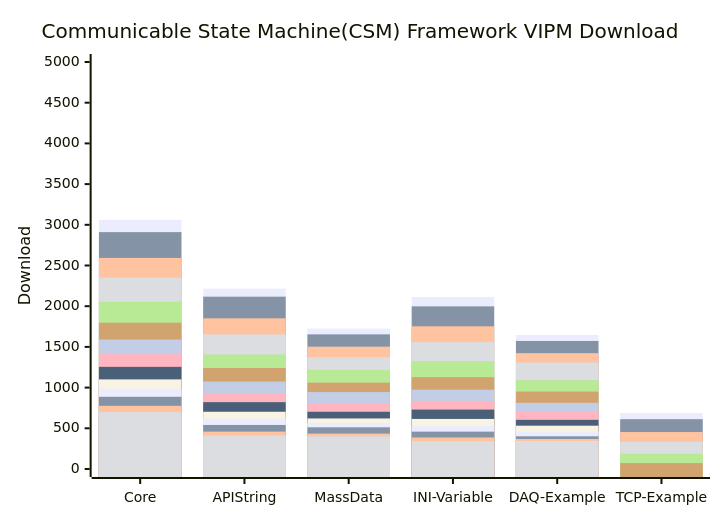
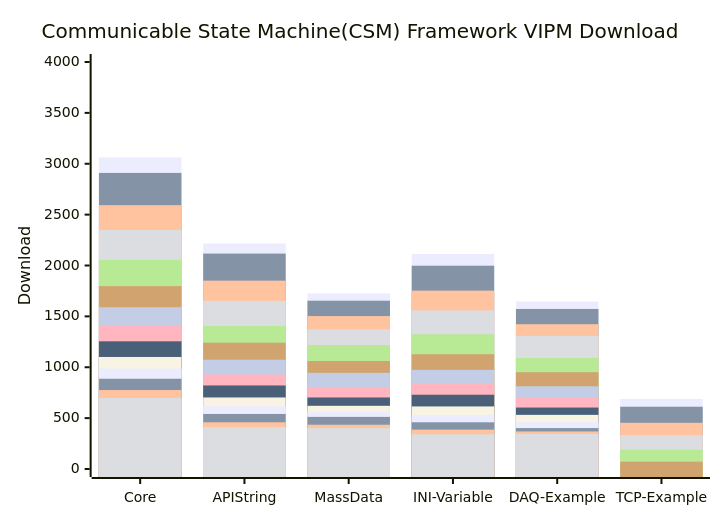
One commit to NEVSTOP-LAB/.github changed the diagram in profile/README.md. Above: the diagram before and after it, drawn with Mermaid.

````diff
--- a/profile/README.md
+++ b/profile/README.md
@@ -31,20 +31,20 @@
 ```mermaid
     xychart-beta
     title "Communicable State Machine(CSM) Framework VIPM Download"
     x-axis [Core, API String, MassData, INI-Variable, DAQ-Example, TCP-Example]
-    y-axis "Download" 0 --> 5000
+    y-axis "Download" 0 --> 4000
     bar   [3062, 2216, 1725, 2113, 1646, 688]
     bar   [2910, 2117, 1654, 1998, 1573, 612]
     bar   [2593, 1851, 1503, 1753, 1423, 454]
     bar   [2350, 1653, 1374, 1559, 1308, 334]
     bar   [2056, 1407, 1218, 1324, 1091, 189]
     bar   [1797, 1241, 1061, 1128, 951, 72]
     bar   [1590, 1074, 945, 974, 813]
     bar   [1412, 929, 807, 837, 704]
     bar   [1255, 821, 703, 730, 604]
     bar   [1101, 703, 621, 615, 532]
     bar   [987, 617, 565, 531, 461]
     bar   [887, 541, 512, 459, 402]
     bar   [776, 459, 435, 387, 369]
     bar   [698, 412, 402, 341, 344]
 ```
````
